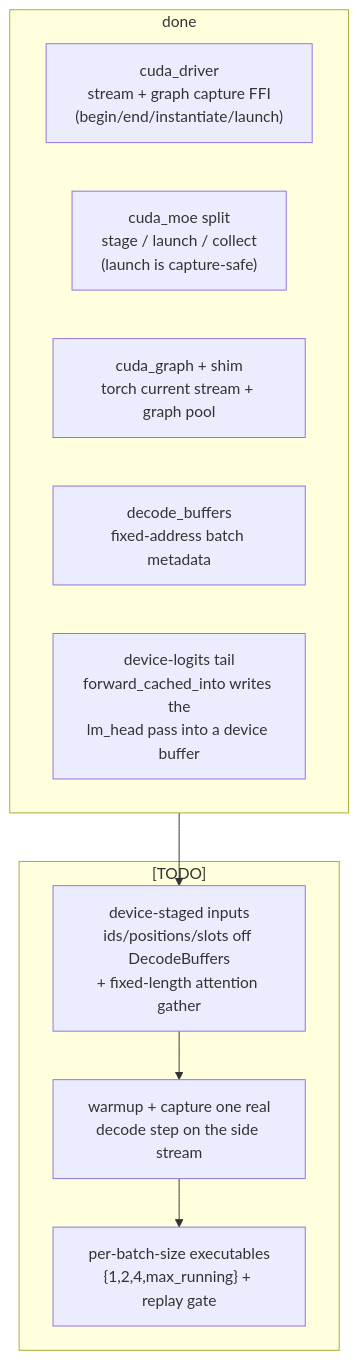
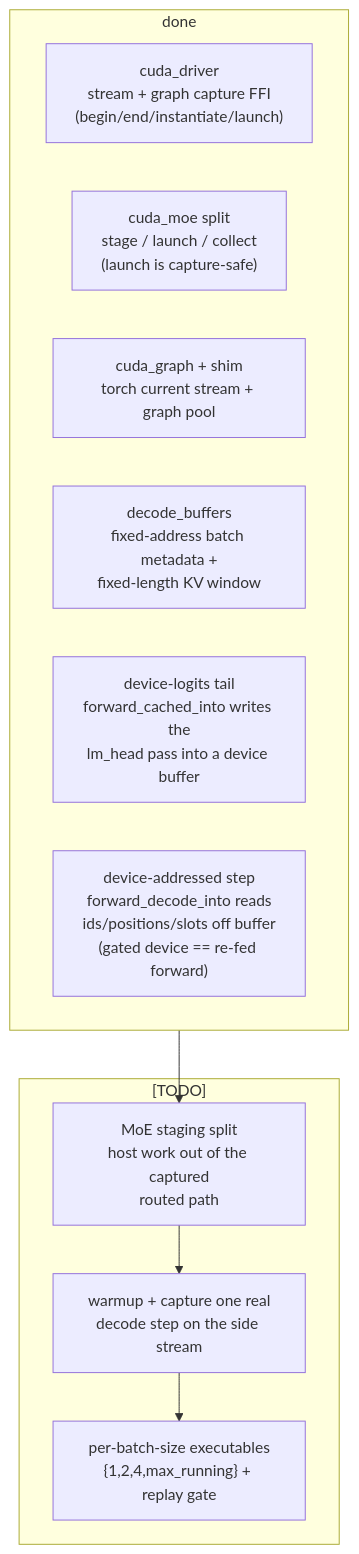
One commit to butzist/ferrum-torrens changed diagram 16 of 17 in ARCHITECTURE.md. Above: the diagram before and after it, drawn with Mermaid. The commit also changed other lines of this file and 4 other files, not shown here.

Commit message:
feat(decode): gather a fixed-length padded KV window

````diff
--- a/ARCHITECTURE.md
+++ b/ARCHITECTURE.md
@@ -529,16 +538,17 @@
 ```mermaid
 flowchart TB
   subgraph Done["done"]
     B1["cuda_driver\nstream + graph capture FFI\n(begin/end/instantiate/launch)"]
     B2["cuda_moe split\nstage / launch / collect\n(launch is capture-safe)"]
     B3["cuda_graph + shim\ntorch current stream + graph pool"]
-    DB["decode_buffers\nfixed-address batch metadata"]
+    DB["decode_buffers\nfixed-address batch metadata +\nfixed-length KV window"]
     B4["device-logits tail\nforward_cached_into writes the\nlm_head pass into a device buffer"]
+    B5["device-addressed step\nforward_decode_into reads\nids/positions/slots off buffer\n(gated device == re-fed forward)"]
   end
   subgraph Next["[TODO]"]
-    N1["device-staged inputs\nids/positions/slots off DecodeBuffers\n+ fixed-length attention gather"]
+    N1["MoE staging split\nhost work out of the captured\nrouted path"]
     N2["warmup + capture one real\ndecode step on the side stream"]
     N3["per-batch-size executables\n{1,2,4,max_running} + replay gate"]
   end
   Done --> N1 --> N2 --> N3
 ```
````
